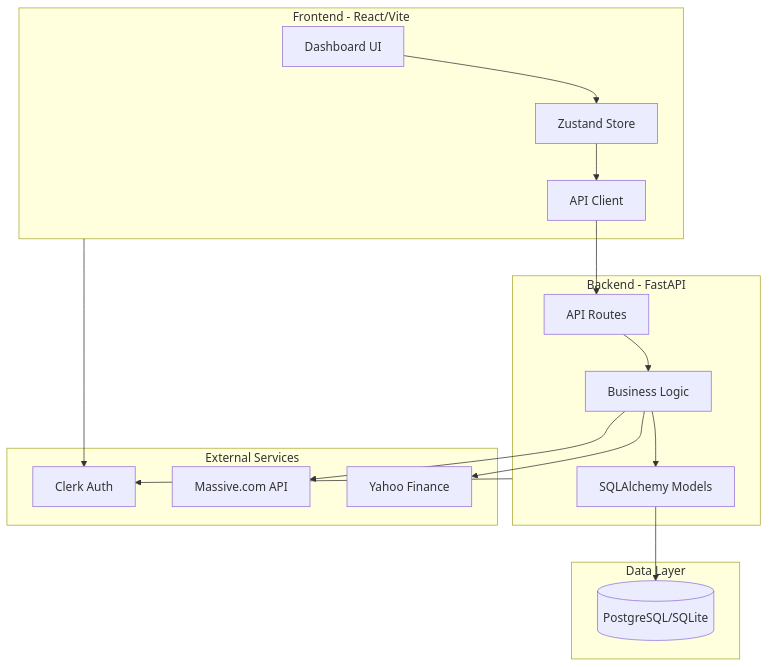
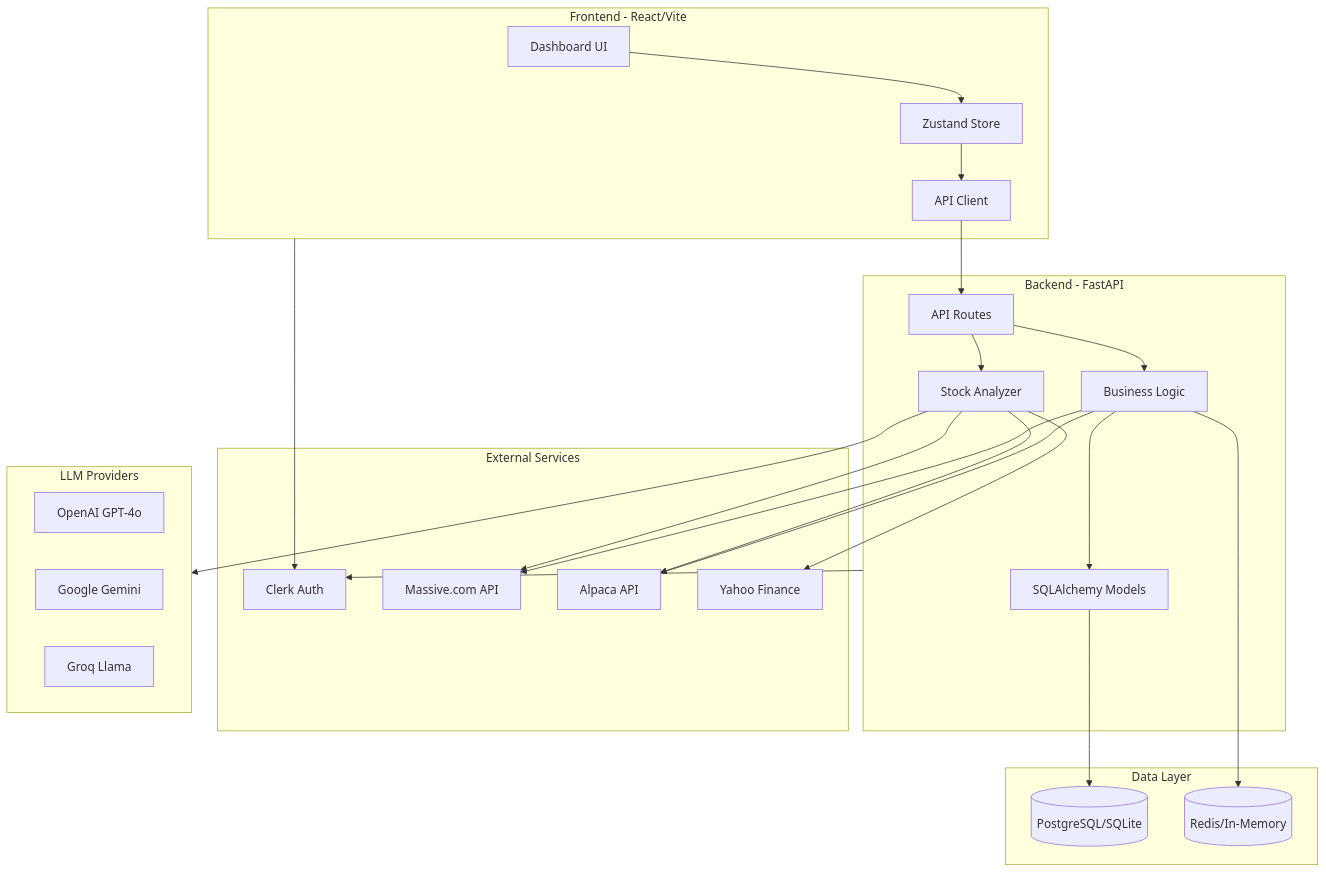
Before and after one commit to pk-ux/PutOptionsTrading: the first of 4 diagrams in README.md, drawn with Mermaid. The commit also changed other lines of this file and 2 other files, not shown here.

First line of the commit message:
docs: Update README, .env.example, and display LLM model in UI

````diff
--- a/README.md
+++ b/README.md
@@ -116,35 +150,50 @@
 ```mermaid
 flowchart TB
     subgraph frontend [Frontend - React/Vite]
         UI[Dashboard UI]
         Store[Zustand Store]
         APIClient[API Client]
     end
     
     subgraph backend [Backend - FastAPI]
         Routes[API Routes]
         Services[Business Logic]
+        Analyzer[Stock Analyzer]
         Models[SQLAlchemy Models]
     end
     
     subgraph external [External Services]
         Clerk[Clerk Auth]
         Massive[Massive.com API]
+        Alpaca[Alpaca API]
         Yahoo[Yahoo Finance]
+    end
+    
+    subgraph llm [LLM Providers]
+        OpenAI[OpenAI GPT-4o]
+        Gemini[Google Gemini]
+        Groq[Groq Llama]
     end
     
     subgraph data [Data Layer]
         DB[(PostgreSQL/SQLite)]
+        Cache[(Redis/In-Memory)]
     end
     
     UI --> Store
     Store --> APIClient
     APIClient --> Routes
     Routes --> Services
+    Routes --> Analyzer
     Services --> Models
     Models --> DB
+    Services --> Cache
     Services --> Massive
-    Services --> Yahoo
+    Services --> Alpaca
+    Analyzer --> Yahoo
+    Analyzer --> Massive
+    Analyzer --> Alpaca
+    Analyzer --> llm
     frontend --> Clerk
     backend --> Clerk
 ```
````
